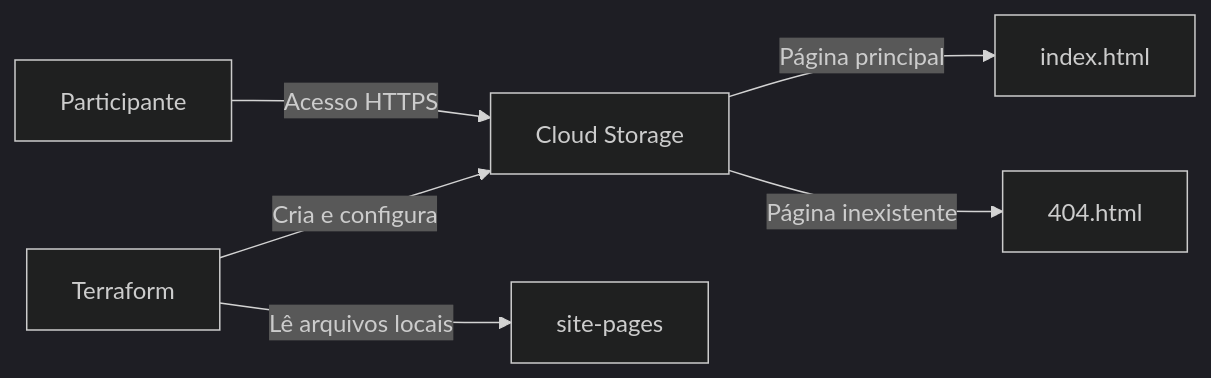
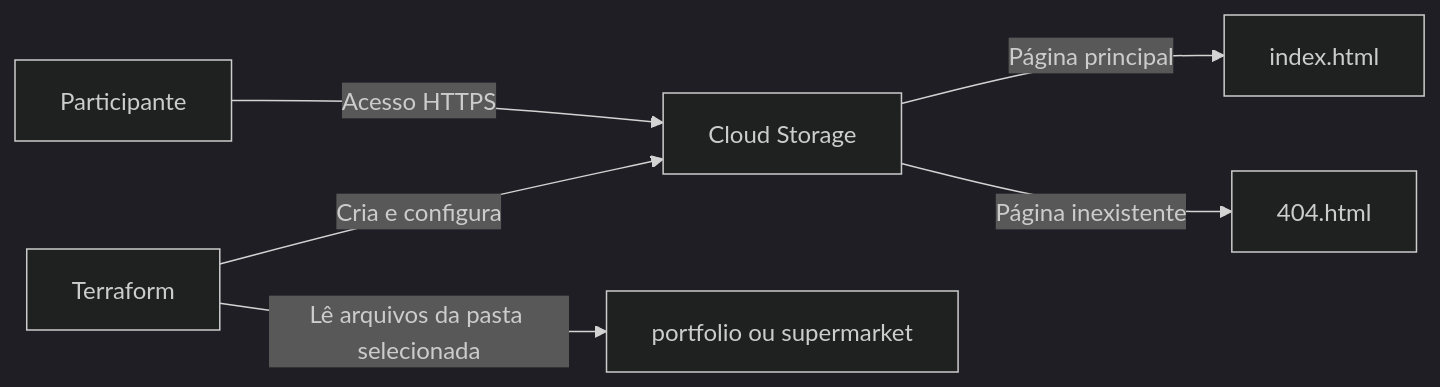
One commit to dalfinha/lab-terraform-cloud-storage-portfolio changed the diagram in README.md. Above: the diagram before and after it, drawn with Mermaid (dark theme). The commit also changed other lines of this file and 9 other files, not shown here.

````diff
--- a/README.md
+++ b/README.md
@@ -39,8 +42,8 @@
 ```mermaid
 flowchart LR
     Usuario[Participante] -->|Acesso HTTPS| GCS[Cloud Storage]
     GCS -->|Página principal| Index[index.html]
     GCS -->|Página inexistente| NotFound[404.html]
     Terraform[Terraform] -->|Cria e configura| GCS
-    Terraform -->|Lê arquivos locais| Paginas[site-pages]
+    Terraform -->|Lê arquivos da pasta selecionada| Paginas[portfolio ou supermarket]
 ```
````
